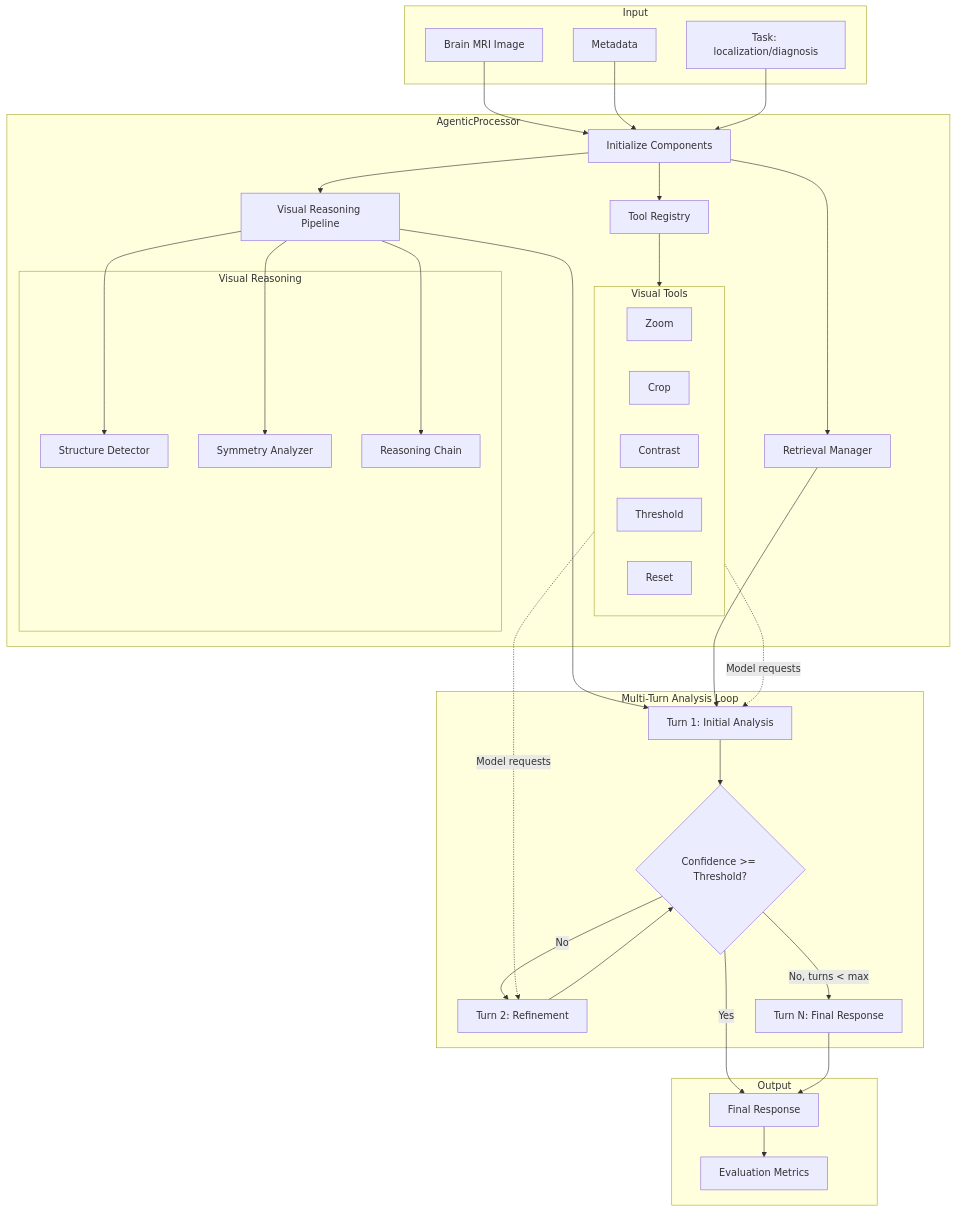
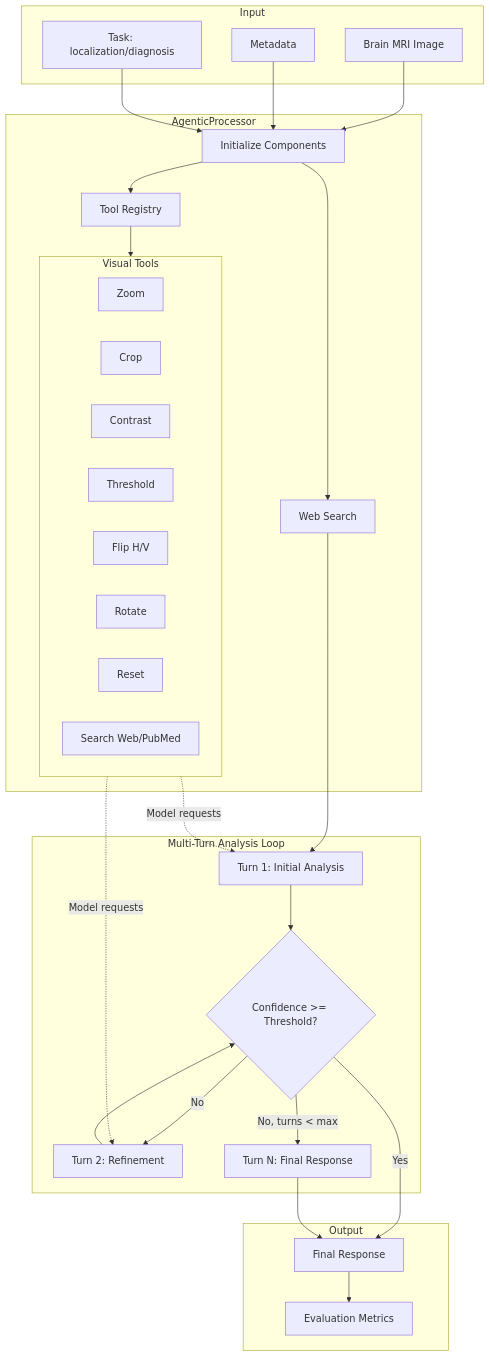
One commit to liamchalcroft/gaze changed the first of 3 diagrams in docs/agentic_workflow.md. Above: the diagram before and after it, drawn with Mermaid. The commit also changed other lines of this file and 103 other files, not shown here.

````diff
--- a/docs/agentic_workflow.md
+++ b/docs/agentic_workflow.md
@@ -7,69 +7,59 @@
 ```mermaid
 flowchart TD
     subgraph Input
         IMG[Brain MRI Image]
         META[Metadata]
         TASK[Task: localization/diagnosis]
     end
 
     subgraph AgenticProcessor
         INIT[Initialize Components]
-        VR[Visual Reasoning Pipeline]
         TR[Tool Registry]
-        RM[Retrieval Manager]
-
-        subgraph VisualReasoning[Visual Reasoning]
-            SD[Structure Detector]
-            SA[Symmetry Analyzer]
-            RC[Reasoning Chain]
-        end
+        WS[Web Search]
 
         subgraph Tools[Visual Tools]
             ZOOM[Zoom]
             CROP[Crop]
             CONTRAST[Contrast]
             THRESHOLD[Threshold]
+            FLIP[Flip H/V]
+            ROTATE[Rotate]
             RESET[Reset]
+            SEARCH[Search Web/PubMed]
         end
     end
 
     subgraph MultiTurnLoop[Multi-Turn Analysis Loop]
         T1[Turn 1: Initial Analysis]
         T2[Turn 2: Refinement]
         TN[Turn N: Final Response]
         CHECK{Confidence >= Threshold?}
     end
 
     subgraph Output
         RESP[Final Response]
         EVAL[Evaluation Metrics]
     end
 
     IMG --> INIT
     META --> INIT
     TASK --> INIT
 
-    INIT --> VR
-    VR --> SD
-    VR --> SA
-    VR --> RC
-
     INIT --> TR
     TR --> Tools
 
-    INIT --> RM
+    INIT --> WS
 
-    VR --> T1
-    RM --> T1
+    WS --> T1
     T1 --> CHECK
     CHECK -->|No| T2
     T2 --> CHECK
     CHECK -->|No, turns < max| TN
     CHECK -->|Yes| RESP
     TN --> RESP
 
     Tools -.->|Model requests| T1
     Tools -.->|Model requests| T2
 
     RESP --> EVAL
 ```
````
